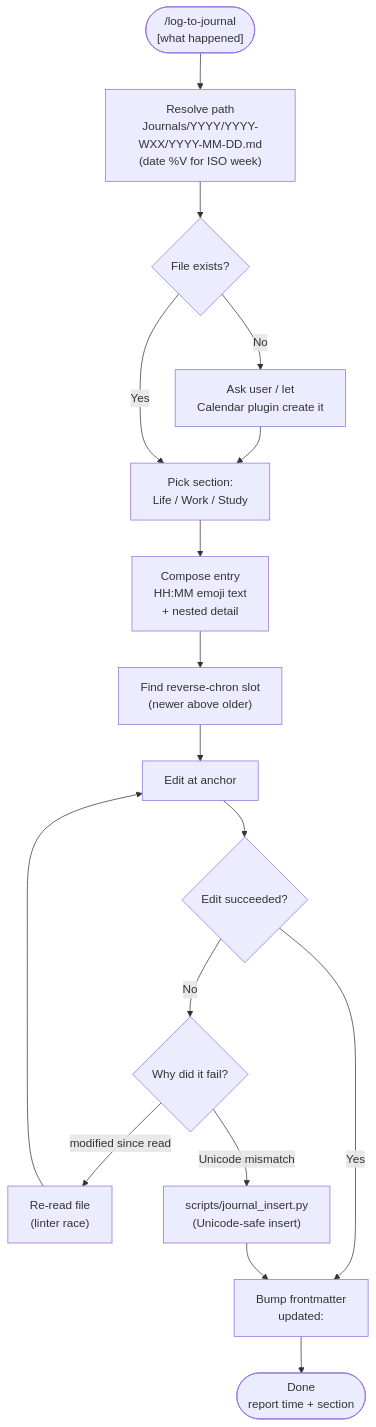
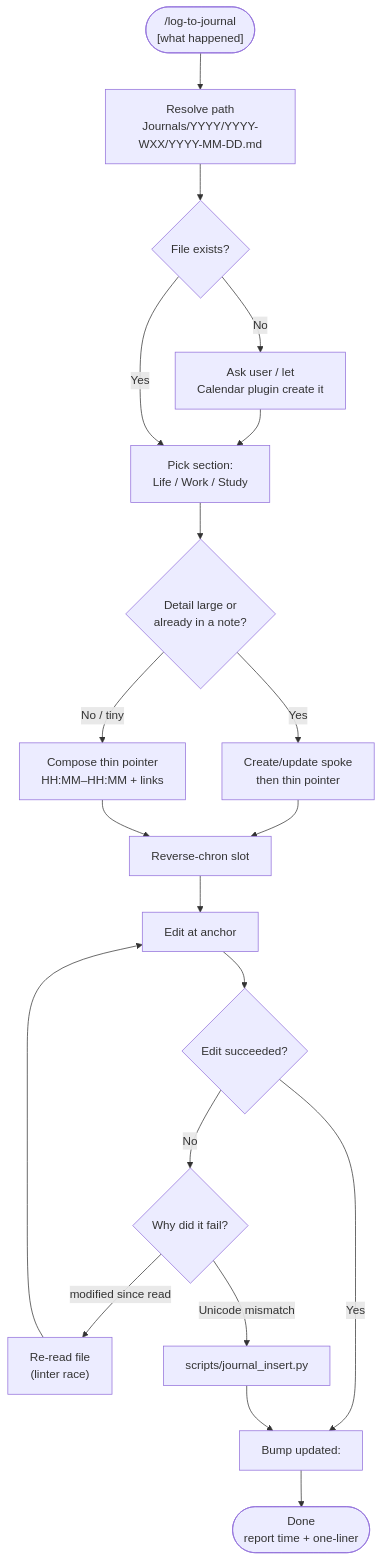
One commit to biomystery/claude-skills changed the diagram in log-to-journal/README.md. Above: the diagram before and after it, drawn with Mermaid. The commit also changed other lines of this file and 1 other file, not shown here.

First line of the commit message:
log-to-journal: prefer thin time records + links over archive dumps (#36)

````diff
--- a/log-to-journal/README.md
+++ b/log-to-journal/README.md
@@ -16,27 +26,32 @@
 ```mermaid
 flowchart TD
     start(["/log-to-journal\n[what happened]"])
-    resolve["Resolve path\nJournals/YYYY/YYYY-WXX/YYYY-MM-DD.md\n(date %V for ISO week)"]
+    resolve["Resolve path\nJournals/YYYY/YYYY-WXX/YYYY-MM-DD.md"]
     exists{File exists?}
     ask["Ask user / let\nCalendar plugin create it"]
     section["Pick section:\nLife / Work / Study"]
-    compose["Compose entry\nHH:MM emoji text\n+ nested detail"]
-    place["Find reverse-chron slot\n(newer above older)"]
+    spoke{"Detail large or\nalready in a note?"}
+    linkonly["Compose thin pointer\nHH:MM–HH:MM + links"]
+    create["Create/update spoke\nthen thin pointer"]
+    place["Reverse-chron slot"]
     edit["Edit at anchor"]
     ok{Edit succeeded?}
     why{Why did it fail?}
     reread["Re-read file\n(linter race)"]
-    pyscript["scripts/journal_insert.py\n(Unicode-safe insert)"]
-    stamp["Bump frontmatter\nupdated:"]
-    done(["Done\nreport time + section"])
+    pyscript["scripts/journal_insert.py"]
+    stamp["Bump updated:"]
+    done(["Done\nreport time + one-liner"])
 
     start --> resolve --> exists
     exists -->|No| ask --> section
     exists -->|Yes| section
-    section --> compose --> place --> edit --> ok
+    section --> spoke
+    spoke -->|Yes| create --> place
+    spoke -->|No / tiny| linkonly --> place
+    place --> edit --> ok
     ok -->|Yes| stamp
     ok -->|No| why
     why -->|modified since read| reread --> edit
     why -->|Unicode mismatch| pyscript --> stamp
     stamp --> done
 ```
````
